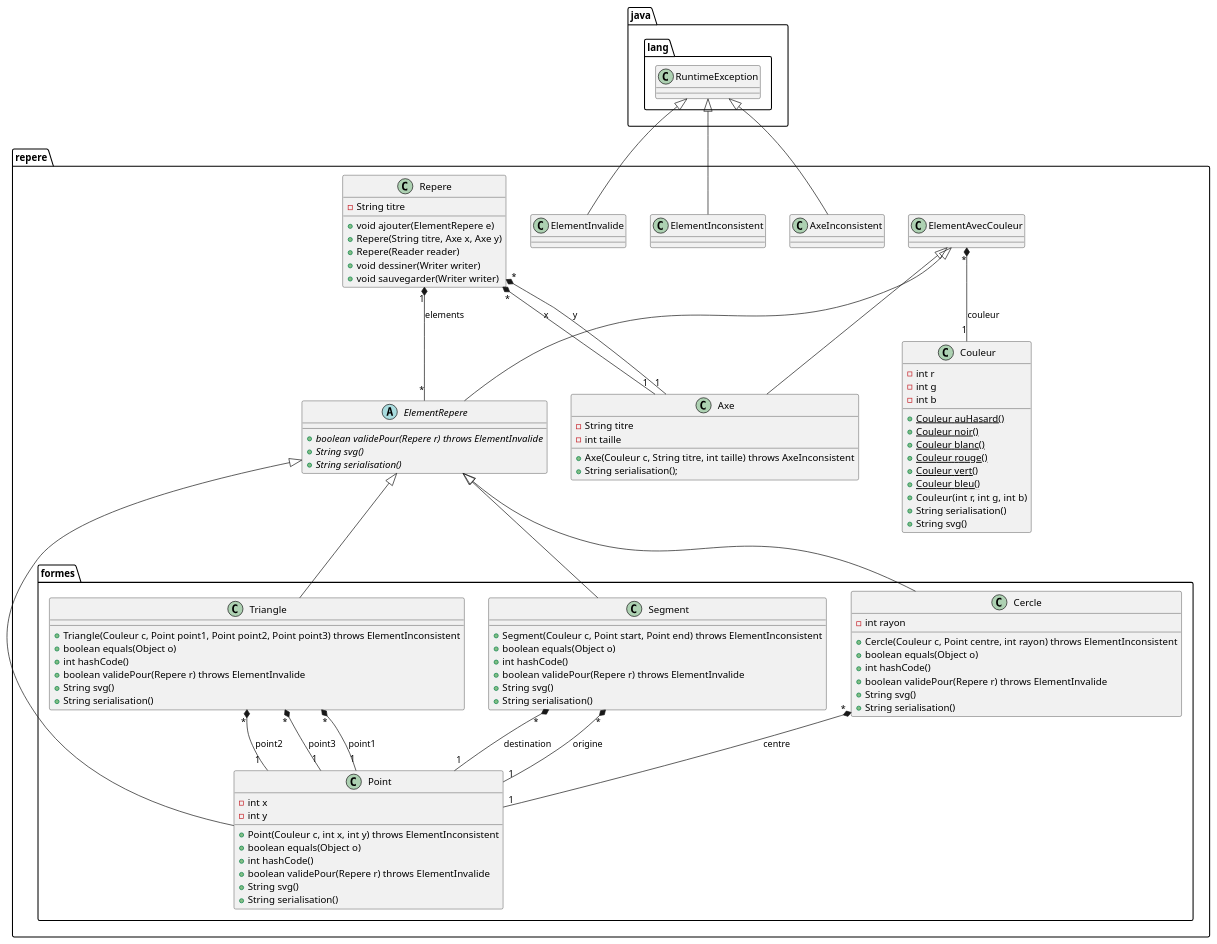
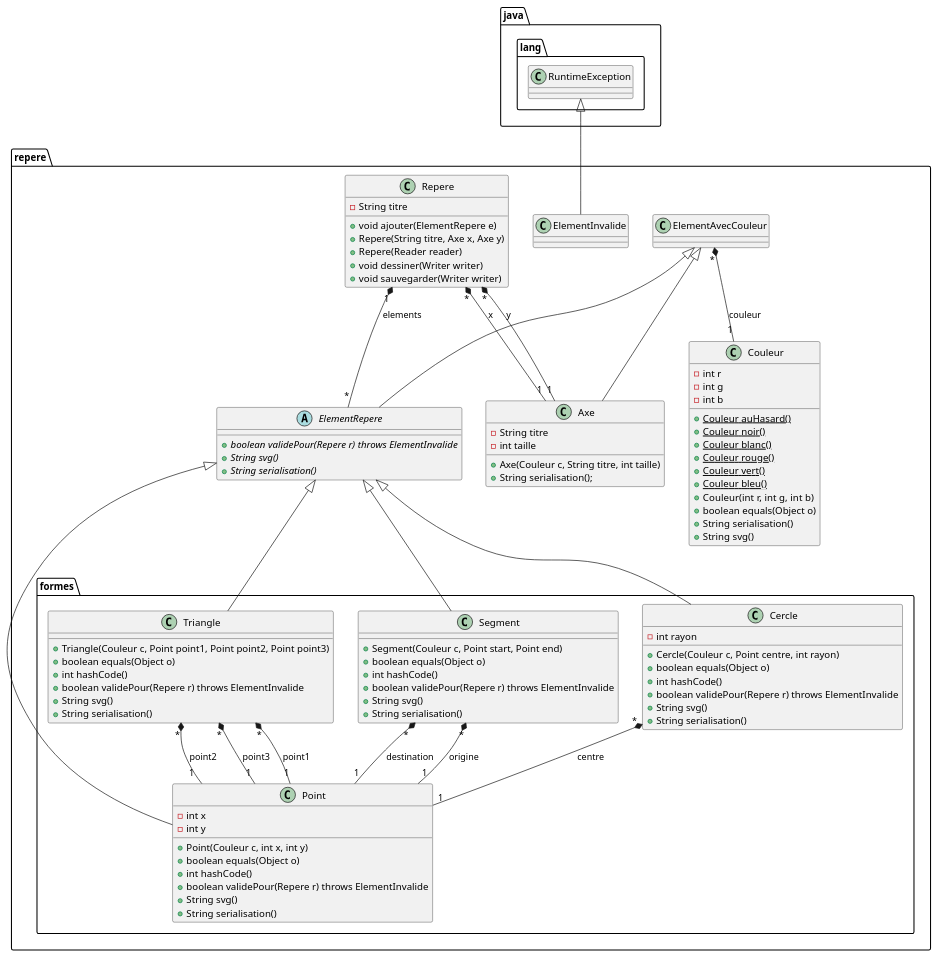
The diagram in tp2/doc/design.puml (EnseirbTelecom/pg220-official), drawn with PlantUML before and after one commit. The commit also changed 14 other files, not shown here.

```diff
--- a/tp2/doc/design.puml
+++ b/tp2/doc/design.puml
@@ -1,115 +1,113 @@
 @startuml design.png
 package java.lang {
 
 class RuntimeException {
 }
 
 }
 
 package repere {
 
 abstract class ElementRepere {
 + {abstract} boolean validePour(Repere r) throws ElementInvalide
 + {abstract} String svg()
 + {abstract} String serialisation()
 }
 
 ElementAvecCouleur <|-- Axe
 ElementAvecCouleur <|-- ElementRepere
 ElementAvecCouleur "*" *-- "1" Couleur : couleur
 
 class Couleur {
 - int r
 - int g
 - int b
 + {static} Couleur auHasard()
 + {static} Couleur noir()
 + {static} Couleur blanc()
 + {static} Couleur rouge()
 + {static} Couleur vert()
 + {static} Couleur bleu()
 + Couleur(int r, int g, int b)
++ boolean equals(Object o)
 + String serialisation()
 + String svg()
 }
 
 RuntimeException <|-- ElementInvalide
-RuntimeException <|-- ElementInconsistent
 
 class Axe {
 - String titre
 - int taille
-+ Axe(Couleur c, String titre, int taille) throws AxeInconsistent
++ Axe(Couleur c, String titre, int taille)
 + String serialisation();
 }
-
-RuntimeException <|-- AxeInconsistent
 
 class Repere {
 - String titre
 + void ajouter(ElementRepere e)
 + Repere(String titre, Axe x, Axe y)
 + Repere(Reader reader)
 + void dessiner(Writer writer)
 + void sauvegarder(Writer writer)
 }
 
 Repere "*" *-- "1" Axe : x
 Repere "*" *-- "1" Axe : y
 Repere "1" *-- "*" ElementRepere : elements
 
 }
 
 package repere.formes {
 
 ElementRepere <|-- Segment
 Segment "*" *-- "1" Point : origine
 Segment "*" *-- "1" Point : destination
 class Segment {
-+ Segment(Couleur c, Point start, Point end) throws ElementInconsistent
++ Segment(Couleur c, Point start, Point end)
 + boolean equals(Object o)
 + int hashCode()
 + boolean validePour(Repere r) throws ElementInvalide
 + String svg()
 + String serialisation()
 }
 
 ElementRepere <|-- Point
 class Point {
 - int x
 - int y
-+ Point(Couleur c, int x, int y) throws ElementInconsistent
++ Point(Couleur c, int x, int y)
 + boolean equals(Object o)
 + int hashCode()
 + boolean validePour(Repere r) throws ElementInvalide
 + String svg()
 + String serialisation()
 }
 
 ElementRepere <|-- Cercle
 Cercle "*" *-- "1" Point : centre
 class Cercle {
 - int rayon
-+ Cercle(Couleur c, Point centre, int rayon) throws ElementInconsistent
++ Cercle(Couleur c, Point centre, int rayon)
 + boolean equals(Object o)
 + int hashCode()
 + boolean validePour(Repere r) throws ElementInvalide
 + String svg()
 + String serialisation()
 }
 
 ElementRepere <|-- Triangle
 Triangle "*" *-- "1" Point : point1
 Triangle "*" *-- "1" Point : point2
 Triangle "*" *-- "1" Point : point3
 class Triangle {
-+ Triangle(Couleur c, Point point1, Point point2, Point point3) throws ElementInconsistent
++ Triangle(Couleur c, Point point1, Point point2, Point point3)
 + boolean equals(Object o)
 + int hashCode()
 + boolean validePour(Repere r) throws ElementInvalide
 + String svg()
 + String serialisation()
 }
 
 }
 @enduml
```
